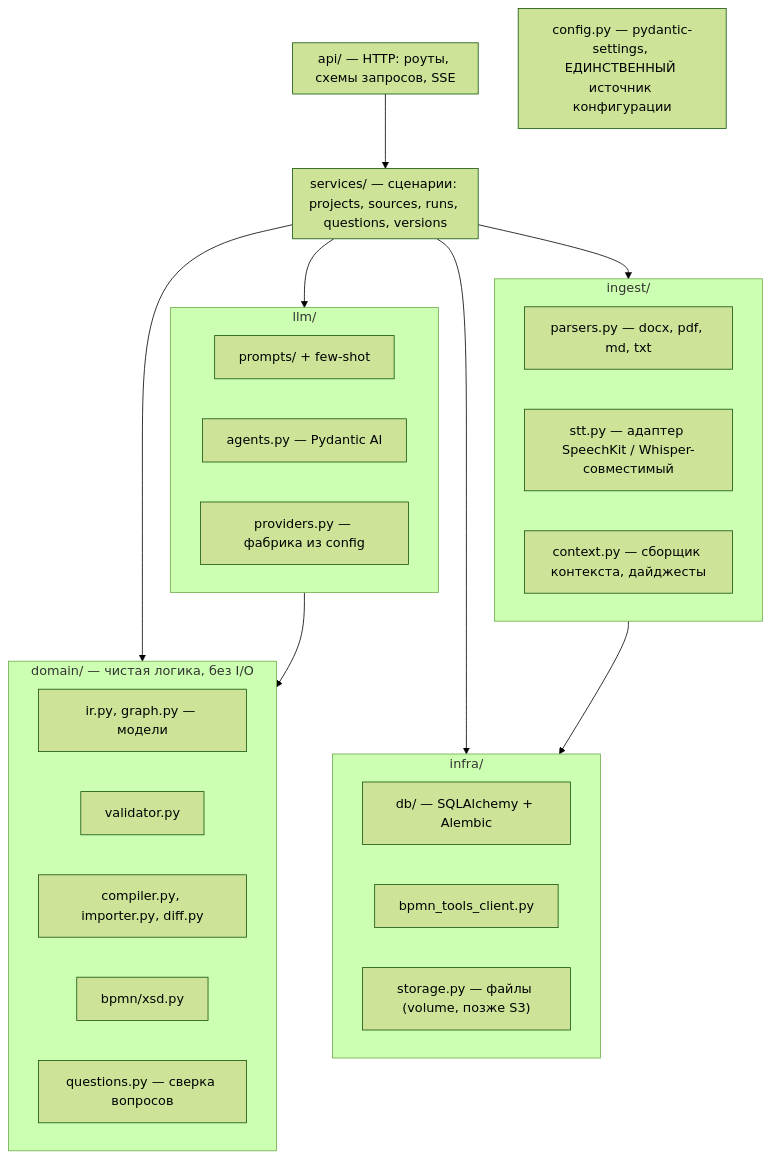
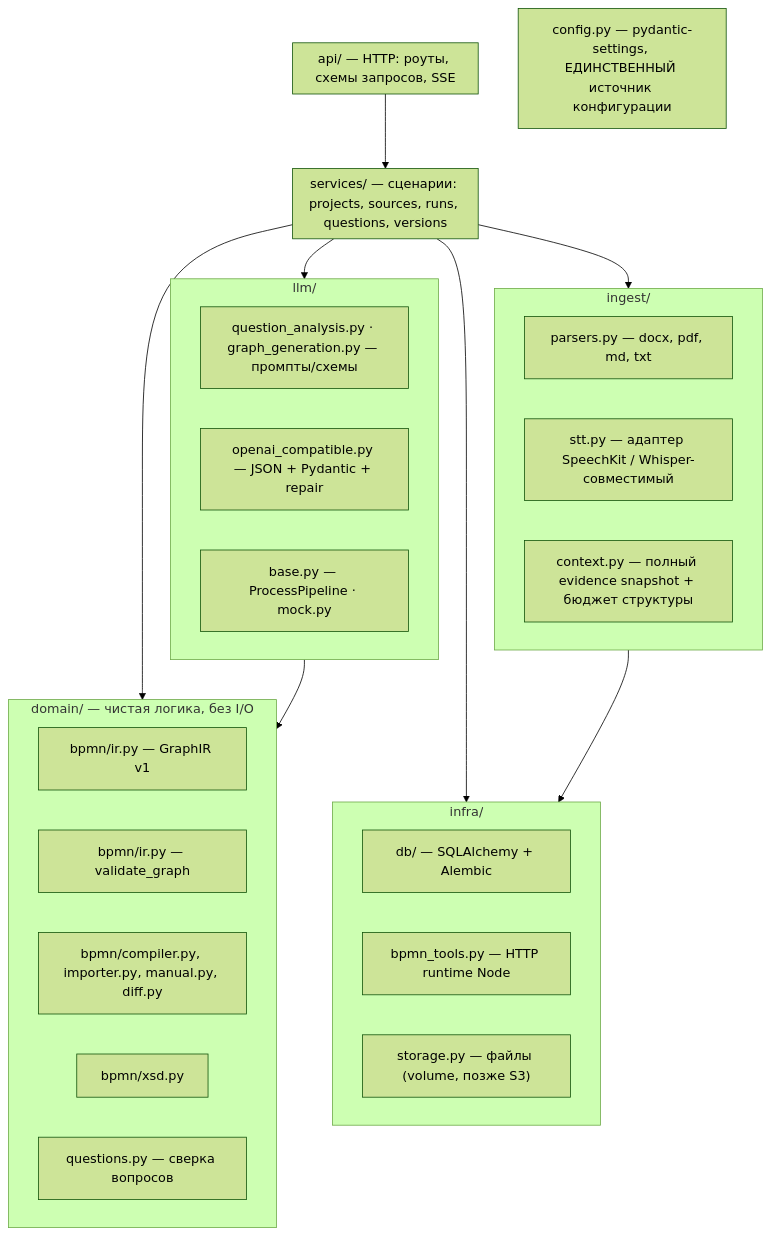
The sixth of 8 diagrams in docs/rfc/0001-architecture.md (MattoYuzuru/BPMN.Space), drawn with Mermaid (forest theme) before and after one commit. The commit also changed other lines of this file and 11 other files, not shown here.

Commit message:
docs(architecture): reconcile generation and evidence contracts

````diff
--- a/docs/rfc/0001-architecture.md
+++ b/docs/rfc/0001-architecture.md
@@ -333,38 +324,38 @@
 ```mermaid
 flowchart TB
     subgraph api["api/ — HTTP: роуты, схемы запросов, SSE"]
     end
     subgraph services["services/ — сценарии: projects, sources, runs, questions, versions"]
     end
     subgraph domain["domain/ — чистая логика, без I/O"]
-        IR["ir.py, graph.py — модели"]
-        VAL["validator.py"]
-        COMP["compiler.py, importer.py, diff.py"]
+        IR["bpmn/ir.py — GraphIR v1"]
+        VAL["bpmn/ir.py — validate_graph"]
+        COMP["bpmn/compiler.py, importer.py, manual.py, diff.py"]
         XSD["bpmn/xsd.py"]
         QST["questions.py — сверка вопросов"]
     end
     subgraph llm["llm/"]
-        PR["prompts/ + few-shot"]
-        AG["agents.py — Pydantic AI"]
-        PRV["providers.py — фабрика из config"]
+        PR["question_analysis.py · graph_generation.py — промпты/схемы"]
+        AG["openai_compatible.py — JSON + Pydantic + repair"]
+        PRV["base.py — ProcessPipeline · mock.py"]
     end
     subgraph ingest["ingest/"]
         PAR["parsers.py — docx, pdf, md, txt"]
         STTA["stt.py — адаптер SpeechKit / Whisper-совместимый"]
-        CTX["context.py — сборщик контекста, дайджесты"]
+        CTX["context.py — полный evidence snapshot + бюджет структуры"]
     end
     subgraph infra["infra/"]
         DBM["db/ — SQLAlchemy + Alembic"]
-        BTC["bpmn_tools_client.py"]
+        BTC["bpmn_tools.py — HTTP runtime Node"]
         STO["storage.py — файлы (volume, позже S3)"]
     end
     CFG["config.py — pydantic-settings, ЕДИНСТВЕННЫЙ источник конфигурации"]
 
     api --> services
     services --> domain
     services --> llm
     services --> ingest
     services --> infra
     llm --> domain
     ingest --> infra
 ```
````
